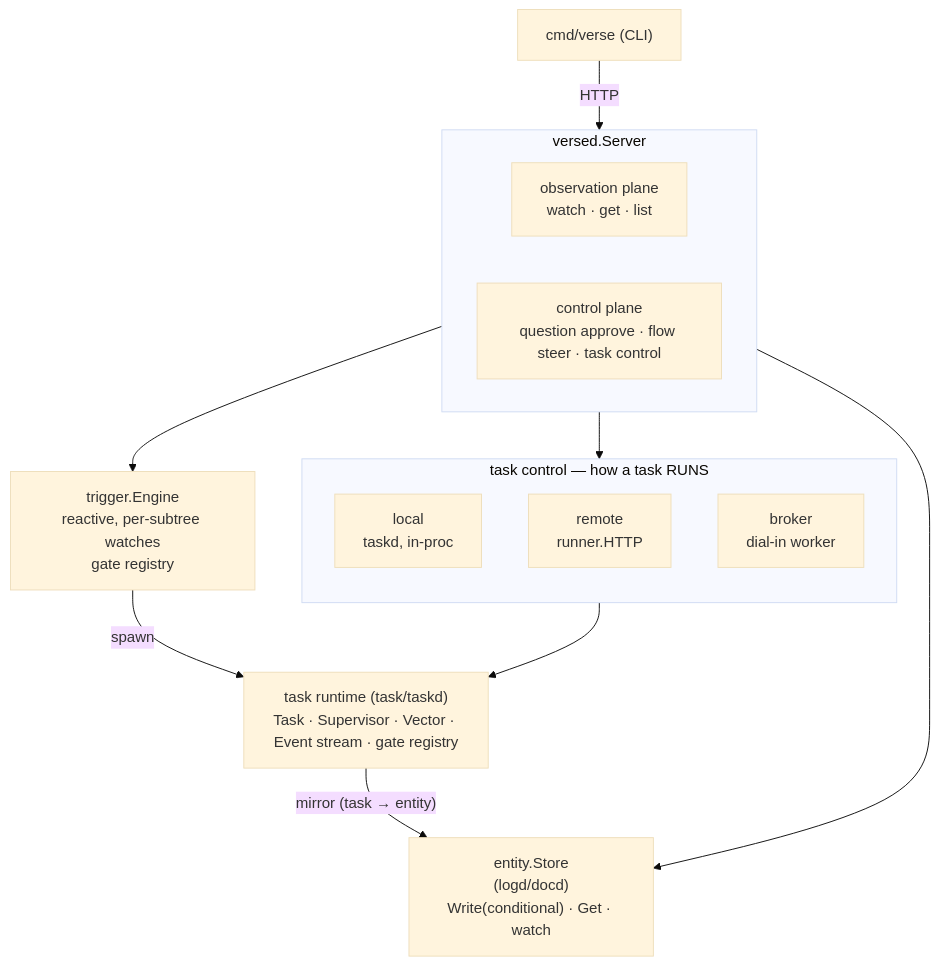
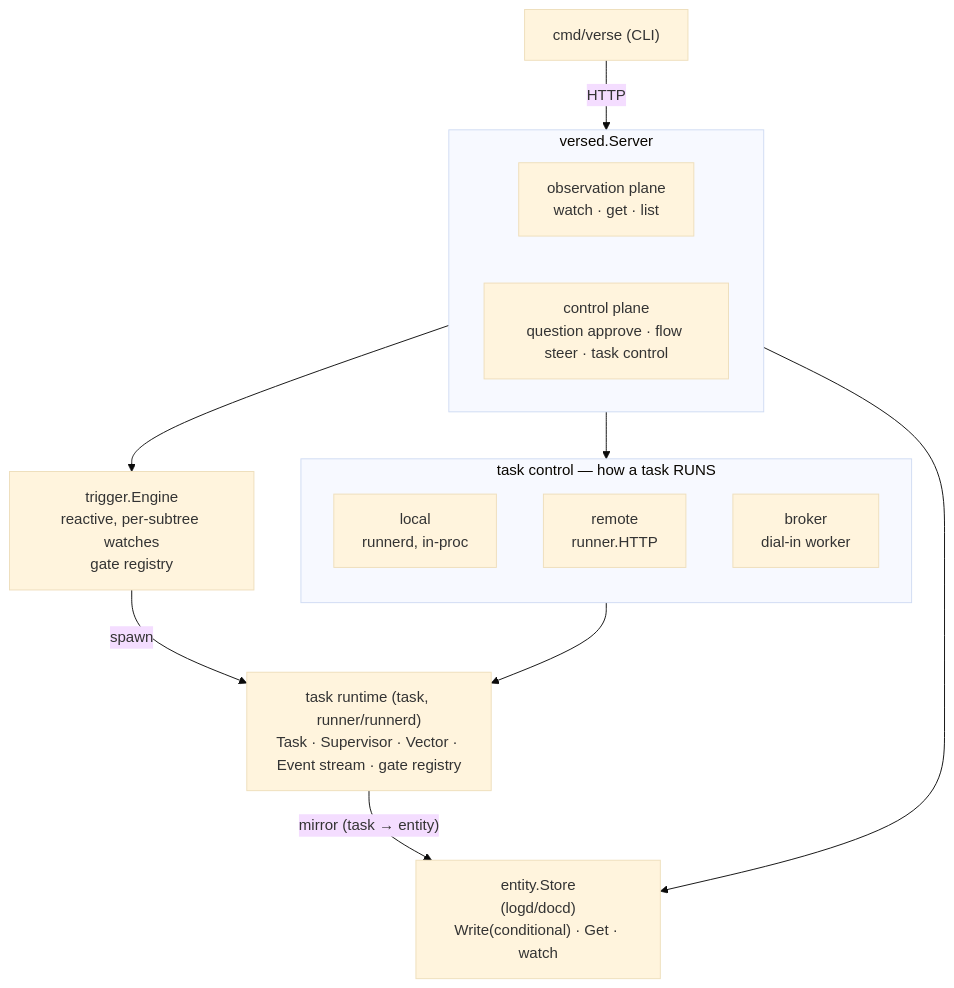
Before and after one commit to signadot/viff: the diagram in docs/platform/architecture.md, drawn with Mermaid (base theme). The commit also changed other lines of this file and 129 other files, not shown here.

First line of the commit message:
runnerd: the verse runner is a program of its own, and verse up embeds it (#10)

````diff
--- a/docs/platform/architecture.md
+++ b/docs/platform/architecture.md
@@ -10,30 +10,30 @@
 ```mermaid
 flowchart TB
   cli["cmd/verse (CLI)"]
 
   subgraph versed["versed.Server"]
     direction LR
     obs["observation plane<br/>watch · get · list"]
     ctl["control plane<br/>question approve · flow steer · task control"]
   end
 
   store["entity.Store<br/>(logd/docd)<br/>Write(conditional) · Get · watch"]
   trig["trigger.Engine<br/>reactive, per-subtree watches<br/>gate registry"]
 
   subgraph run["task control — how a task RUNS"]
     direction TB
-    local["local<br/>taskd, in-proc"]
+    local["local<br/>runnerd, in-proc"]
     remote["remote<br/>runner.HTTP"]
     broker["broker<br/>dial-in worker"]
   end
 
-  rt["task runtime (task/taskd)<br/>Task · Supervisor · Vector · Event stream · gate registry"]
+  rt["task runtime (task, runner/runnerd)<br/>Task · Supervisor · Vector · Event stream · gate registry"]
 
   cli -->|"HTTP"| versed
   obs --> store
   ctl --> trig
   ctl --> run
   trig -->|"spawn"| rt
   run --> rt
   rt -->|"mirror (task → entity)"| store
 ```
````
